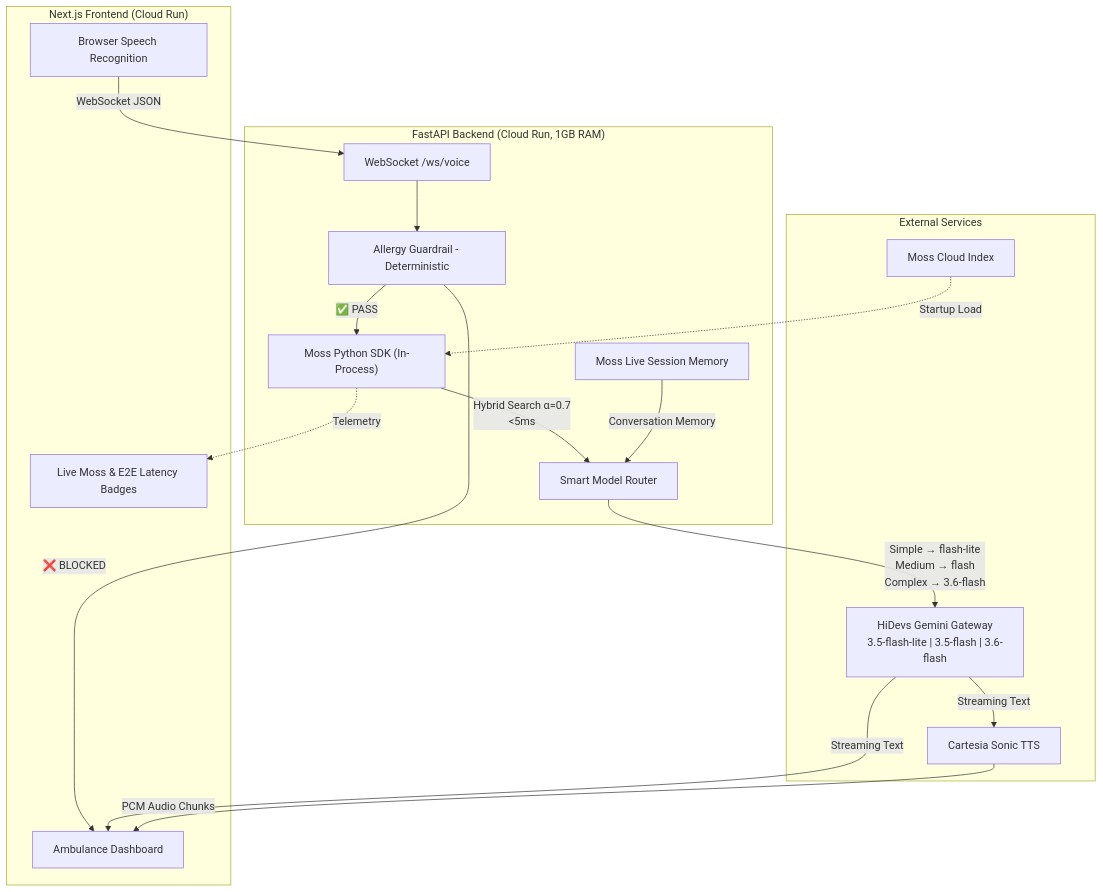
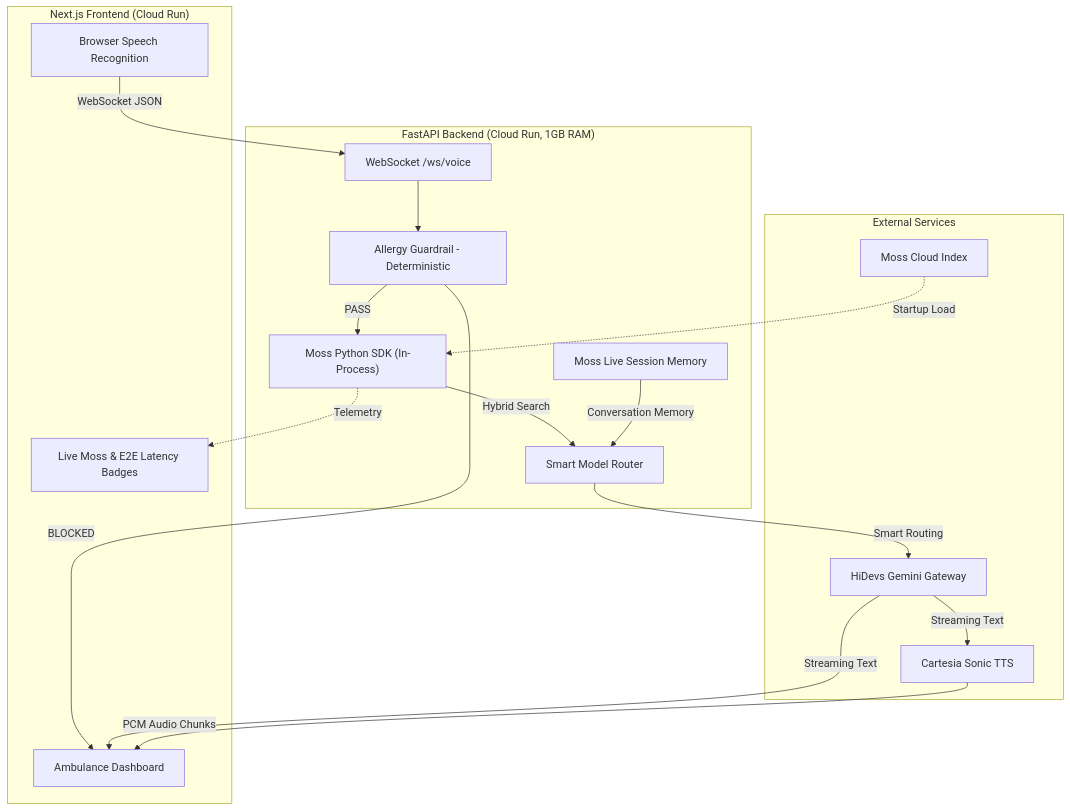
The diagram in README.md (Naveen230497/Pulse-Medical-AI), drawn with Mermaid before and after one commit. The commit also changed other lines of this file and 2 other files, not shown here.

Commit message:
Finalize comprehensive enterprise system architecture and presentation formatting

````diff
--- a/README.md
+++ b/README.md
@@ -43,35 +18,35 @@
 ```mermaid
 graph TD
     subgraph Frontend["Next.js Frontend (Cloud Run)"]
         STT[Browser Speech Recognition]
         UI[Ambulance Dashboard]
         TelemetryUI[Live Moss & E2E Latency Badges]
     end
 
     subgraph Backend["FastAPI Backend (Cloud Run, 1GB RAM)"]
         WS[WebSocket /ws/voice]
         AG[Allergy Guardrail - Deterministic]
         SR[Smart Model Router]
         MossSDK["Moss Python SDK (In-Process)"]
         Session[Moss Live Session Memory]
     end
 
     subgraph External["External Services"]
-        Gemini["HiDevs Gemini Gateway\n3.5-flash-lite | 3.5-flash | 3.6-flash"]
+        Gemini["HiDevs Gemini Gateway"]
         Cartesia[Cartesia Sonic TTS]
         MossCloud[Moss Cloud Index]
     end
 
     STT -->|WebSocket JSON| WS
     WS --> AG
-    AG -->|"❌ BLOCKED"| UI
-    AG -->|"✅ PASS"| MossSDK
-    MossSDK -->|"Hybrid Search α=0.7\n<5ms"| SR
-    Session -->|"Conversation Memory"| SR
-    SR -->|"Simple → flash-lite\nMedium → flash\nComplex → 3.6-flash"| Gemini
+    AG -->|BLOCKED| UI
+    AG -->|PASS| MossSDK
+    MossSDK -->|Hybrid Search| SR
+    Session -->|Conversation Memory| SR
+    SR -->|Smart Routing| Gemini
     Gemini -->|Streaming Text| Cartesia
     Gemini -->|Streaming Text| UI
     Cartesia -->|PCM Audio Chunks| UI
     MossSDK -.->|Telemetry| TelemetryUI
-    MossCloud -.->|"Startup Load"| MossSDK
+    MossCloud -.->|Startup Load| MossSDK
 ```
````
